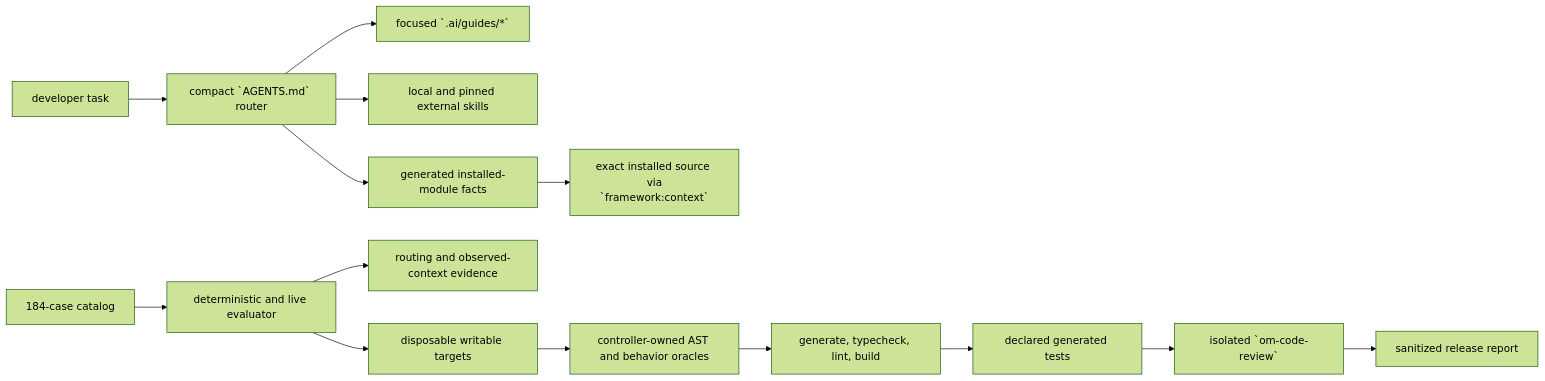
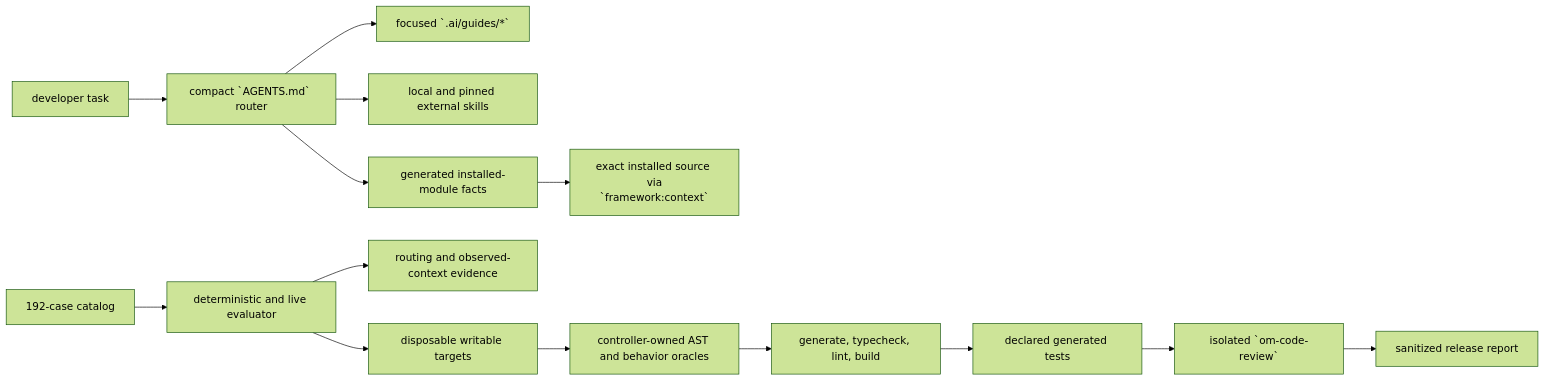
One commit to open-mercato/open-mercato changed the diagram in apps/docs/docs/architecture/standalone-ai-development-harness.mdx. Above: the diagram before and after it, drawn with Mermaid (forest theme). The commit also changed other lines of this file and 3 other files, not shown here.

````diff
--- a/apps/docs/docs/architecture/standalone-ai-development-harness.mdx
+++ b/apps/docs/docs/architecture/standalone-ai-development-harness.mdx
@@ -23,17 +23,17 @@
 ```mermaid
 flowchart LR
   task["developer task"] --> root["compact `AGENTS.md` router"]
   root --> guides["focused `.ai/guides/*`"]
   root --> skills["local and pinned external skills"]
   root --> facts["generated installed-module facts"]
   facts --> resolver["exact installed source via<br/>`framework:context`"]
 
-  cases["184-case catalog"] --> evaluator["deterministic and live evaluator"]
+  cases["192-case catalog"] --> evaluator["deterministic and live evaluator"]
   evaluator --> routing["routing and observed-context evidence"]
   evaluator --> writable["disposable writable targets"]
   writable --> oracle["controller-owned AST and behavior oracles"]
   oracle --> commands["generate, typecheck, lint, build"]
   commands --> tests["declared generated tests"]
   tests --> review["isolated `om-code-review`"]
   review --> release["sanitized release report"]
 ```
````
